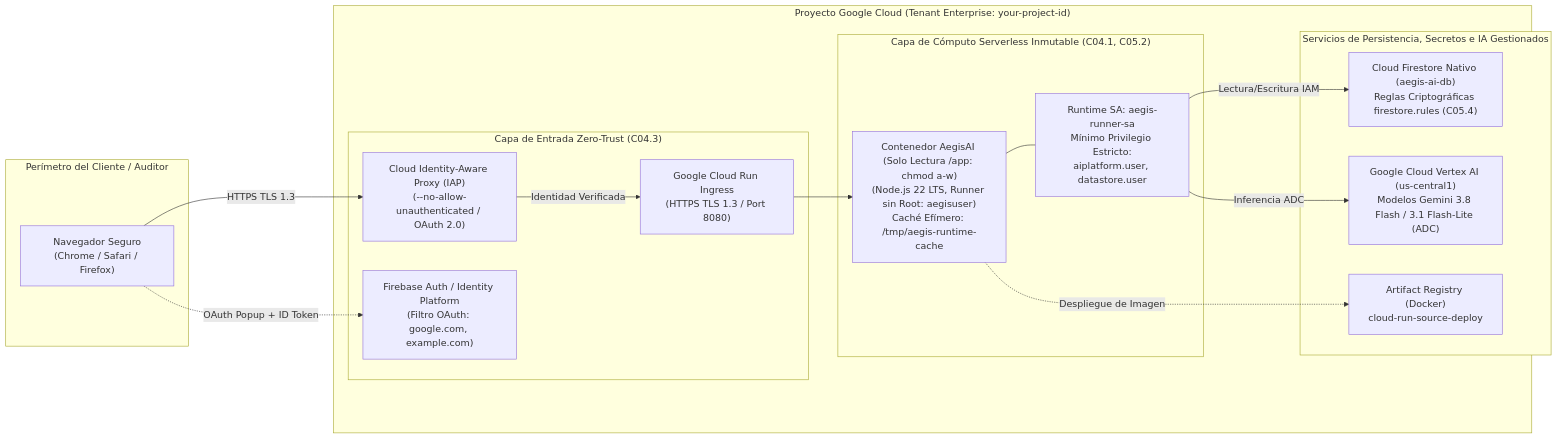
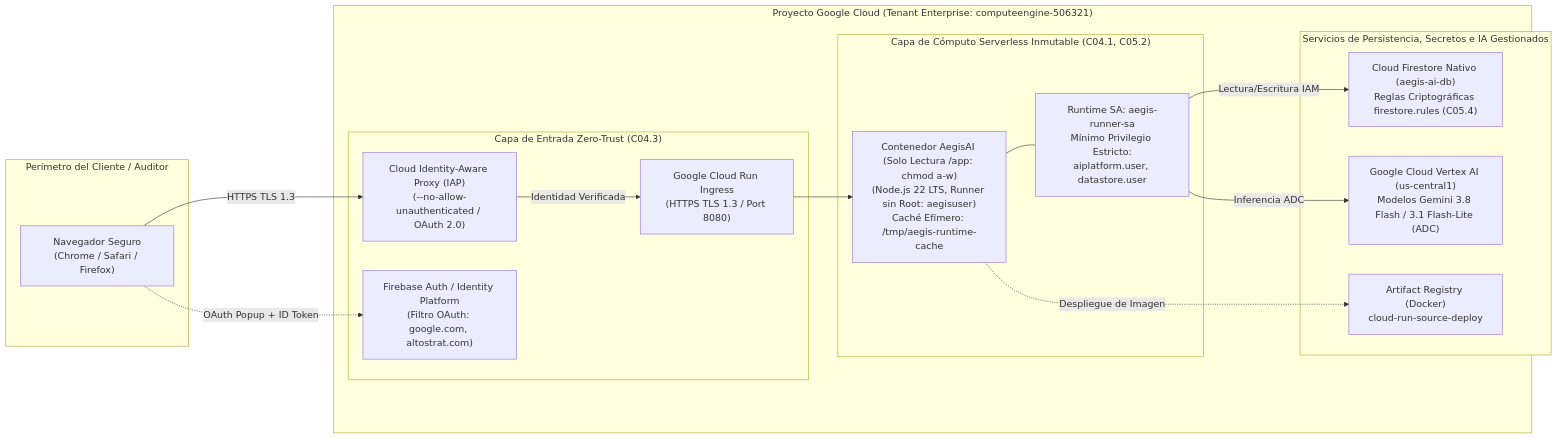
The third of 3 diagrams in docs/DOCUMENTO_DE_ARQUITECTURA_DE_SOFTWARE.md (fjhuerta-67/AegisAI), drawn with Mermaid before and after one commit. The commit also changed other lines of this file and 85 other files, not shown here.

````diff
--- a/docs/DOCUMENTO_DE_ARQUITECTURA_DE_SOFTWARE.md
+++ b/docs/DOCUMENTO_DE_ARQUITECTURA_DE_SOFTWARE.md
@@ -224,34 +224,34 @@
 ```mermaid
 flowchart LR
     subgraph ClientPerimeter ["Perímetro del Cliente / Auditor"]
         Browser["Navegador Seguro\n(Chrome / Safari / Firefox)"]
     end
 
-    subgraph GCP_Project ["Proyecto Google Cloud (Tenant Enterprise: your-project-id)"]
+    subgraph GCP_Project ["Proyecto Google Cloud (Tenant Enterprise: computeengine-506321)"]
         subgraph IngressLayer ["Capa de Entrada Zero-Trust (C04.3)"]
             CloudIAP["Cloud Identity-Aware Proxy (IAP)\n(--no-allow-unauthenticated / OAuth 2.0)"]
             CloudRunFront["Google Cloud Run Ingress\n(HTTPS TLS 1.3 / Port 8080)"]
-            FirebaseAuth["Firebase Auth / Identity Platform\n(Filtro OAuth: google.com, example.com)"]
+            FirebaseAuth["Firebase Auth / Identity Platform\n(Filtro OAuth: google.com, altostrat.com)"]
         end
 
         subgraph ComputeLayer ["Capa de Cómputo Serverless Inmutable (C04.1, C05.2)"]
             Container["Contenedor AegisAI (Solo Lectura /app: chmod a-w)\n(Node.js 22 LTS, Runner sin Root: aegisuser)\nCaché Efímero: /tmp/aegis-runtime-cache"]
             ServiceAccount["Runtime SA: aegis-runner-sa\nMínimo Privilegio Estricto:\naiplatform.user, datastore.user"]
         end
 
         subgraph DataAndAILayer ["Servicios de Persistencia, Secretos e IA Gestionados"]
             FirestoreDB["Cloud Firestore Nativo (aegis-ai-db)\nReglas Criptográficas firestore.rules (C05.4)"]
             VertexAI["Google Cloud Vertex AI (us-central1)\nModelos Gemini 3.8 Flash / 3.1 Flash-Lite (ADC)"]
             ArtifactReg["Artifact Registry (Docker)\ncloud-run-source-deploy"]
         end
     end
 
     Browser -->|HTTPS TLS 1.3| CloudIAP
     CloudIAP -->|Identidad Verificada| CloudRunFront
     Browser -.->|OAuth Popup + ID Token| FirebaseAuth
     CloudRunFront --> Container
     Container --- ServiceAccount
     ServiceAccount -->|Lectura/Escritura IAM| FirestoreDB
     ServiceAccount -->|Inferencia ADC| VertexAI
     Container -.->|Despliegue de Imagen| ArtifactReg
 ```
````
